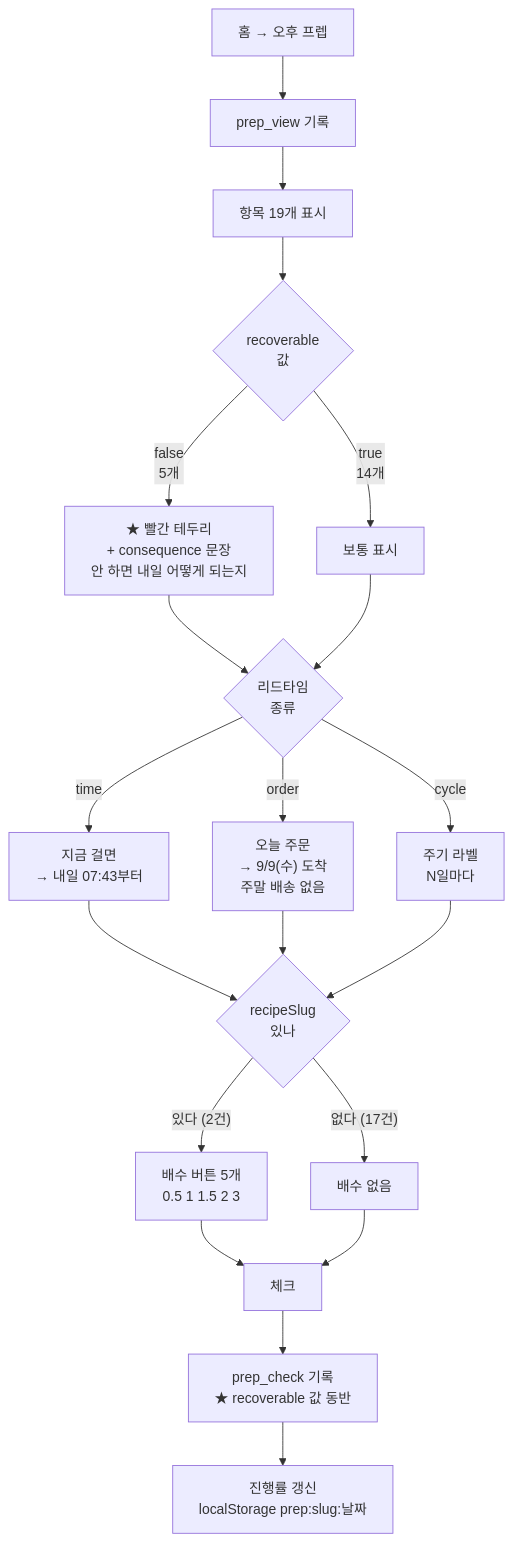
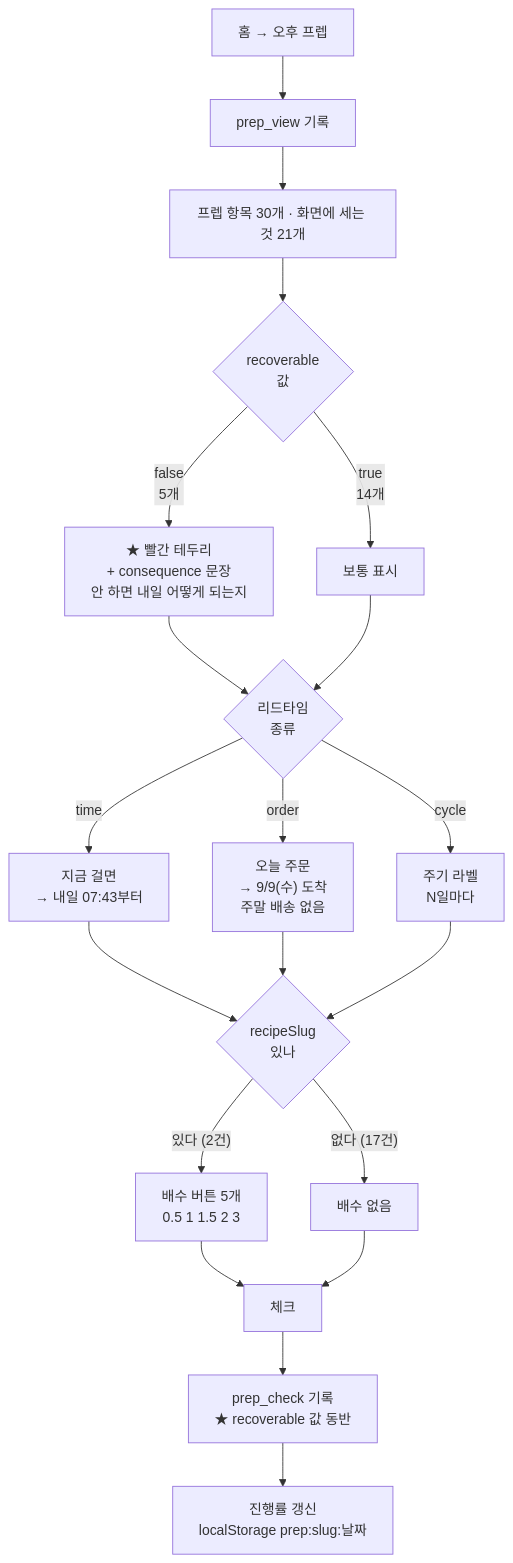
Before and after one commit to JJ0829/store-note: the third of 7 diagrams in docs/deliverables/14_사용자흐름도.md, drawn with Mermaid. The commit also changed other lines of this file and 26 other files, not shown here.

````diff
--- a/docs/deliverables/14_사용자흐름도.md
+++ b/docs/deliverables/14_사용자흐름도.md
@@ -93,25 +93,25 @@
 ```mermaid
 flowchart TB
   A["홈 → 오후 프렙"] --> B["prep_view 기록"]
-  B --> C["항목 19개 표시"]
+  B --> C["프렙 항목 30개 · 화면에 세는 것 21개"]
   C --> D{"recoverable<br/>값"}
   D -->|"false<br/>5개"| E["★ 빨간 테두리<br/>+ consequence 문장<br/>안 하면 내일 어떻게 되는지"]
   D -->|"true<br/>14개"| F["보통 표시"]
 
   E --> G{"리드타임<br/>종류"}
   F --> G
   G -->|"time"| H["지금 걸면<br/>→ 내일 07:43부터"]
   G -->|"order"| I["오늘 주문<br/>→ 9/9(수) 도착<br/>주말 배송 없음"]
   G -->|"cycle"| J["주기 라벨<br/>N일마다"]
 
   H --> K{"recipeSlug<br/>있나"}
   I --> K
   J --> K
   K -->|"있다 (2건)"| L["배수 버튼 5개<br/>0.5 1 1.5 2 3"]
   K -->|"없다 (17건)"| M["배수 없음"]
 
   L --> N["체크"]
   M --> N
   N --> O["prep_check 기록<br/>★ recoverable 값 동반"]
   O --> P["진행률 갱신<br/>localStorage prep:slug:날짜"]
 ```
````
